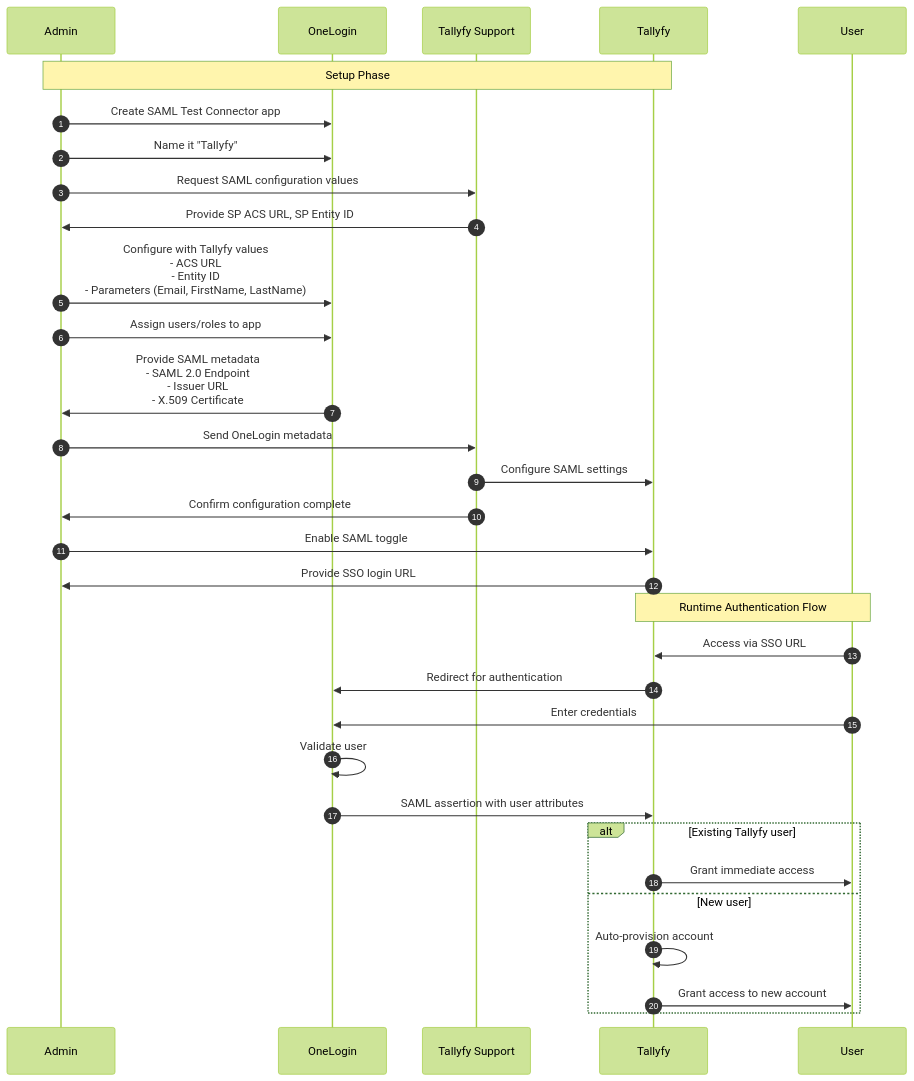
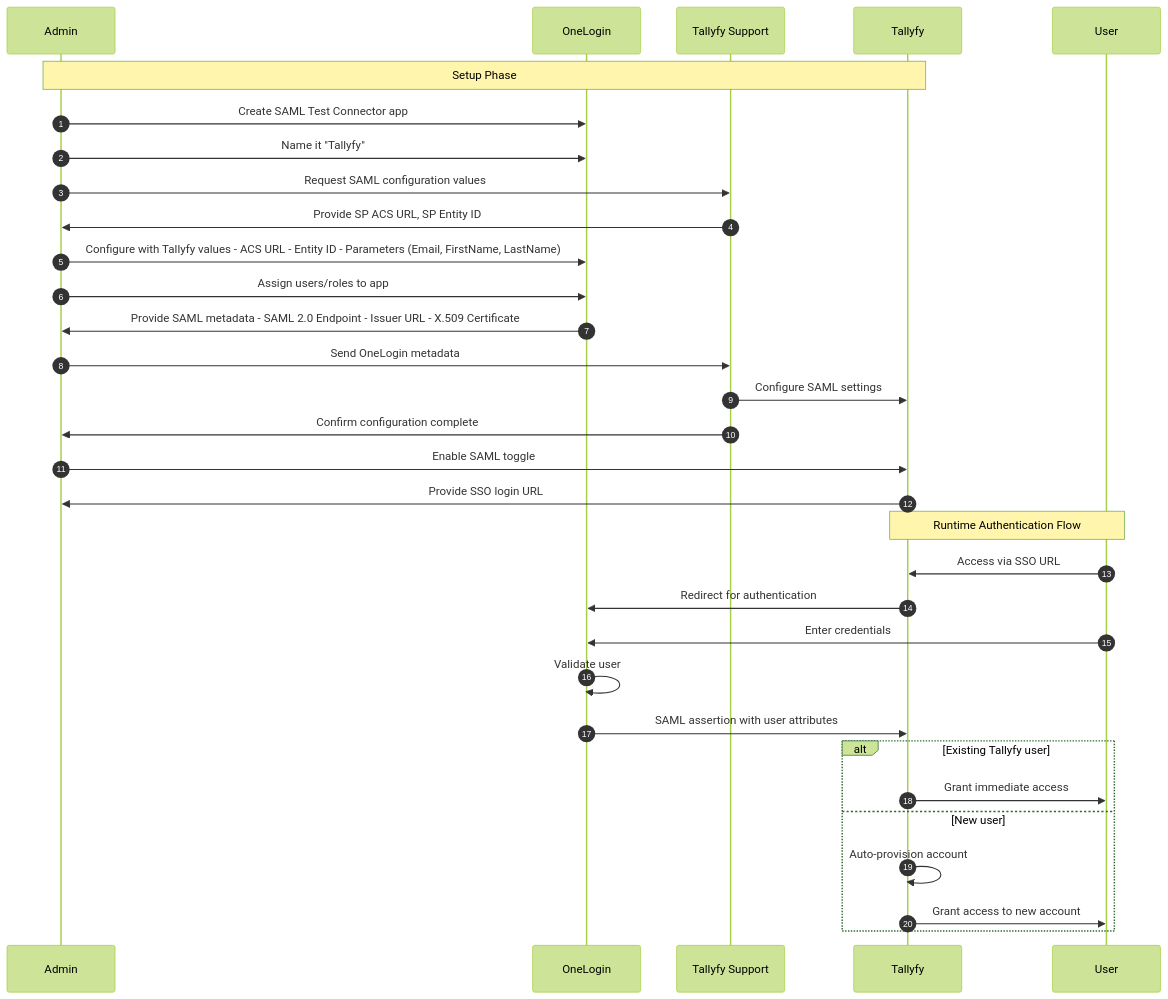
The diagram in src/content/docs/pro/integrations/authentication/how-to-integrate-onelogin-samlsso-with-tallyfy.mdx (tallyfy/documentation), drawn with Mermaid (forest theme) before and after one commit. The commit also changed 46 other files, not shown here.

Commit message:
Update Mermaid notation

````diff
--- a/src/content/docs/pro/integrations/authentication/how-to-integrate-onelogin-samlsso-with-tallyfy.mdx
+++ b/src/content/docs/pro/integrations/authentication/how-to-integrate-onelogin-samlsso-with-tallyfy.mdx
@@ -38,45 +38,45 @@
 ```mermaid
 sequenceDiagram
-    autonumber
-    participant Admin
-    participant OneLogin
-    participant TSupport as Tallyfy Support
-    participant Tallyfy
-    participant User
-    
-    Note over Admin,Tallyfy: Setup Phase
-    
-    Admin->>OneLogin: Create SAML Test Connector app
-    Admin->>OneLogin: Name it "Tallyfy"
-    
-    Admin->>TSupport: Request SAML configuration values
-    TSupport->>Admin: Provide SP ACS URL, SP Entity ID
-    
-    Admin->>OneLogin: Configure with Tallyfy values<br/>- ACS URL<br/>- Entity ID<br/>- Parameters (Email, FirstName, LastName)
-    
-    Admin->>OneLogin: Assign users/roles to app
-    
-    OneLogin->>Admin: Provide SAML metadata<br/>- SAML 2.0 Endpoint<br/>- Issuer URL<br/>- X.509 Certificate
-    
-    Admin->>TSupport: Send OneLogin metadata
-    TSupport->>Tallyfy: Configure SAML settings
-    TSupport->>Admin: Confirm configuration complete
-    
-    Admin->>Tallyfy: Enable SAML toggle
-    Tallyfy->>Admin: Provide SSO login URL
-    
-    Note over User,Tallyfy: Runtime Authentication Flow
-    
-    User->>Tallyfy: Access via SSO URL
-    Tallyfy->>OneLogin: Redirect for authentication
-    User->>OneLogin: Enter credentials
-    OneLogin->>OneLogin: Validate user
-    OneLogin->>Tallyfy: SAML assertion with user attributes
-    
-    alt Existing Tallyfy user
-        Tallyfy->>User: Grant immediate access
-    else New user
-        Tallyfy->>Tallyfy: Auto-provision account
-        Tallyfy->>User: Grant access to new account
-    end
+ autonumber
+ participant Admin
+ participant OneLogin
+ participant TSupport as Tallyfy Support
+ participant Tallyfy
+ participant User
+ 
+ Note over Admin,Tallyfy: Setup Phase
+ 
+ Admin->>OneLogin: Create SAML Test Connector app
+ Admin->>OneLogin: Name it "Tallyfy"
+ 
+ Admin->>TSupport: Request SAML configuration values
+ TSupport->>Admin: Provide SP ACS URL, SP Entity ID
+ 
+ Admin->>OneLogin: Configure with Tallyfy values - ACS URL - Entity ID - Parameters (Email, FirstName, LastName)
+ 
+ Admin->>OneLogin: Assign users/roles to app
+ 
+ OneLogin->>Admin: Provide SAML metadata - SAML 2.0 Endpoint - Issuer URL - X.509 Certificate
+ 
+ Admin->>TSupport: Send OneLogin metadata
+ TSupport->>Tallyfy: Configure SAML settings
+ TSupport->>Admin: Confirm configuration complete
+ 
+ Admin->>Tallyfy: Enable SAML toggle
+ Tallyfy->>Admin: Provide SSO login URL
+ 
+ Note over User,Tallyfy: Runtime Authentication Flow
+ 
+ User->>Tallyfy: Access via SSO URL
+ Tallyfy->>OneLogin: Redirect for authentication
+ User->>OneLogin: Enter credentials
+ OneLogin->>OneLogin: Validate user
+ OneLogin->>Tallyfy: SAML assertion with user attributes
+ 
+ alt Existing Tallyfy user
+ Tallyfy->>User: Grant immediate access
+ else New user
+ Tallyfy->>Tallyfy: Auto-provision account
+ Tallyfy->>User: Grant access to new account
+ end
 ```
````
